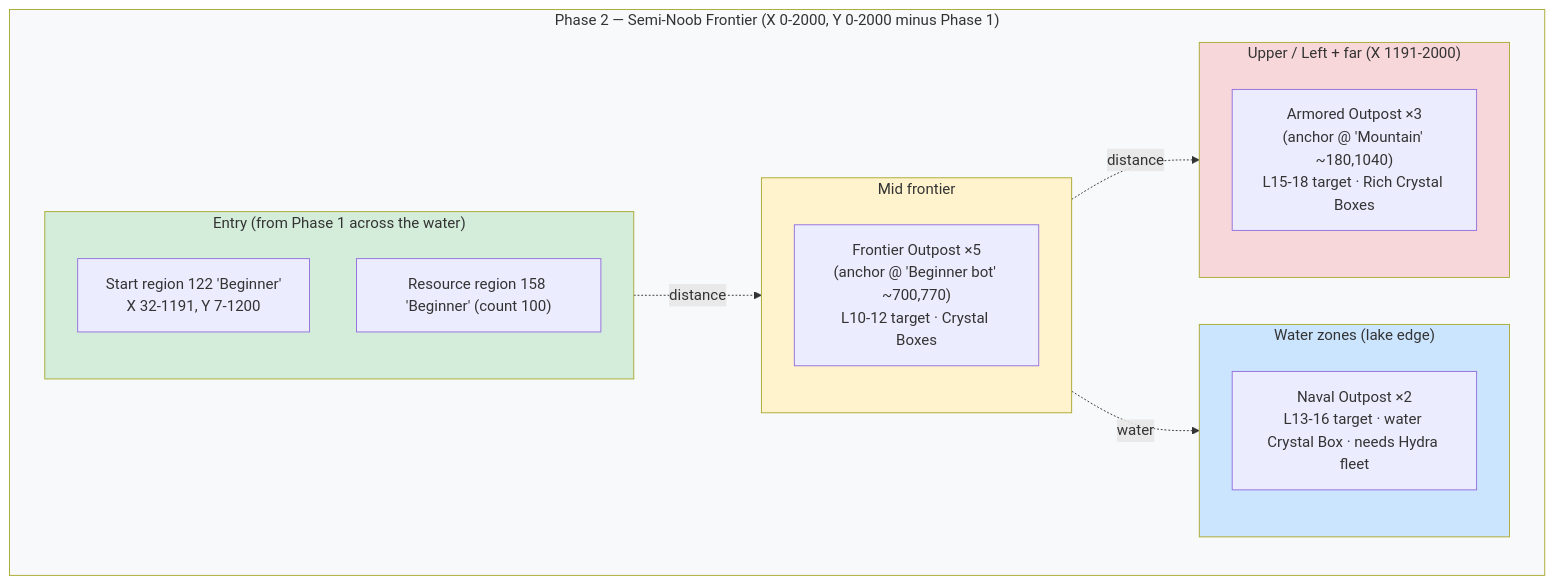
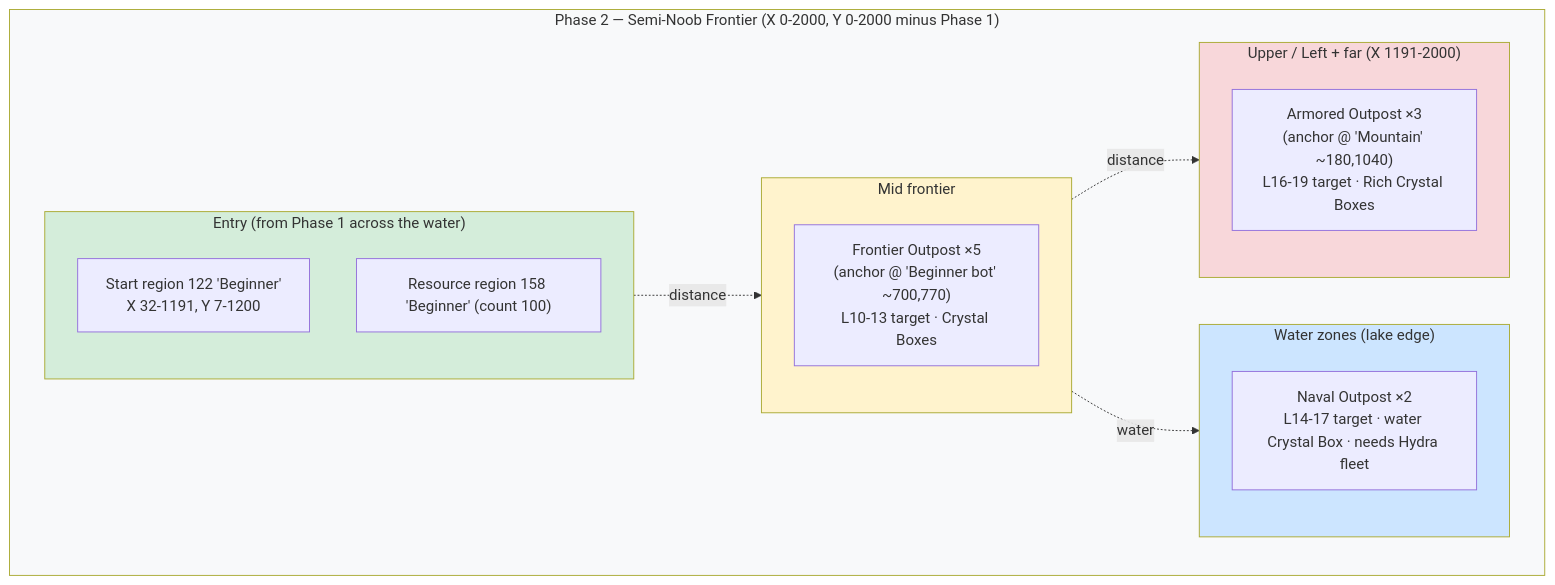
Before and after one commit to Razarion/razarion: the second of 2 diagrams in docs/game-design/phase-2-plan.md, drawn with Mermaid. The commit also changed other lines of this file and 16 other files, not shown here.

First line of the commit message:
Phase 1/2 design docs, bot near-center spawn, box region editor + L10 boxes

````diff
--- a/docs/game-design/phase-2-plan.md
+++ b/docs/game-design/phase-2-plan.md
@@ -309,25 +295,25 @@
 ```mermaid
 flowchart TB
     subgraph P2["Phase 2 — Semi-Noob Frontier (X 0-2000, Y 0-2000 minus Phase 1)"]
         subgraph High["Upper / Left + far (X 1191-2000)"]
-            M["Armored Outpost ×3<br/>(anchor @ 'Mountain' ~180,1040)<br/>L15-18 target · Rich Crystal Boxes"]
+            M["Armored Outpost ×3<br/>(anchor @ 'Mountain' ~180,1040)<br/>L16-19 target · Rich Crystal Boxes"]
         end
         subgraph Water["Water zones (lake edge)"]
-            N["Naval Outpost ×2<br/>L13-16 target · water Crystal Box · needs Hydra fleet"]
+            N["Naval Outpost ×2<br/>L14-17 target · water Crystal Box · needs Hydra fleet"]
         end
         subgraph Mid["Mid frontier"]
-            B["Frontier Outpost ×5<br/>(anchor @ 'Beginner bot' ~700,770)<br/>L10-12 target · Crystal Boxes"]
+            B["Frontier Outpost ×5<br/>(anchor @ 'Beginner bot' ~700,770)<br/>L10-13 target · Crystal Boxes"]
         end
         subgraph Entry["Entry (from Phase 1 across the water)"]
             S["Start region 122 'Beginner'<br/>X 32-1191, Y 7-1200"]
             R["Resource region 158 'Beginner' (count 100)"]
         end
     end
     Entry -.distance.-> Mid -.distance.-> High
     Mid -.water.-> Water
     style P2 fill:#f8f9fa
     style High fill:#f8d7da
     style Water fill:#cce5ff
     style Mid fill:#fff3cd
     style Entry fill:#d4edda
 ```
````
